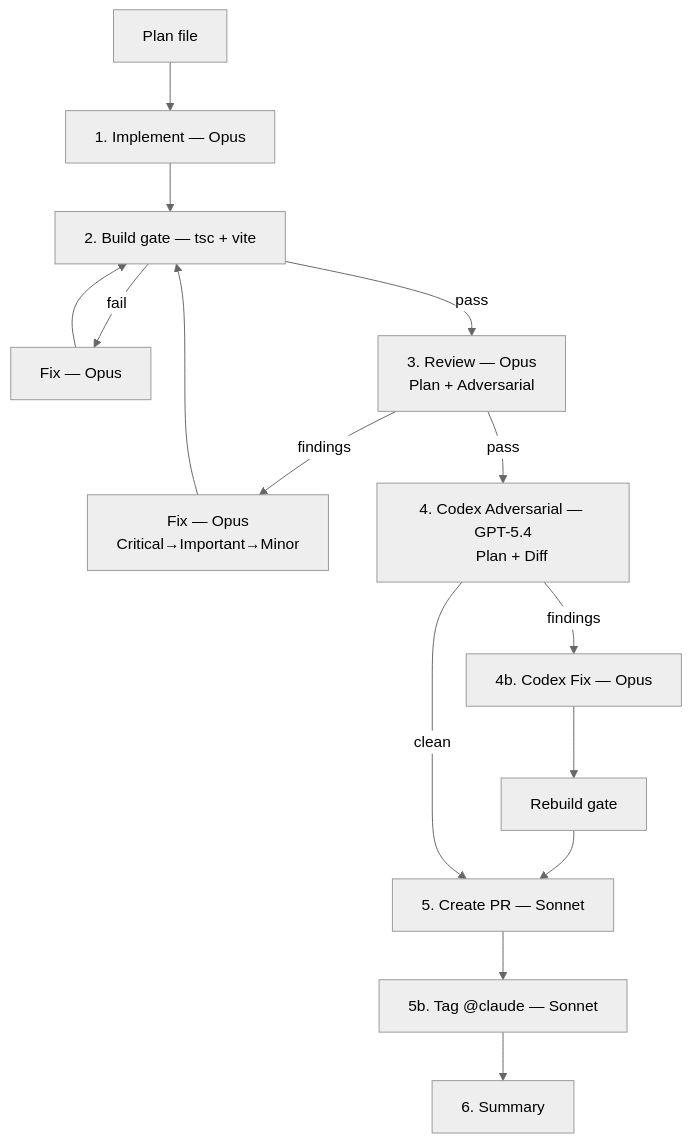
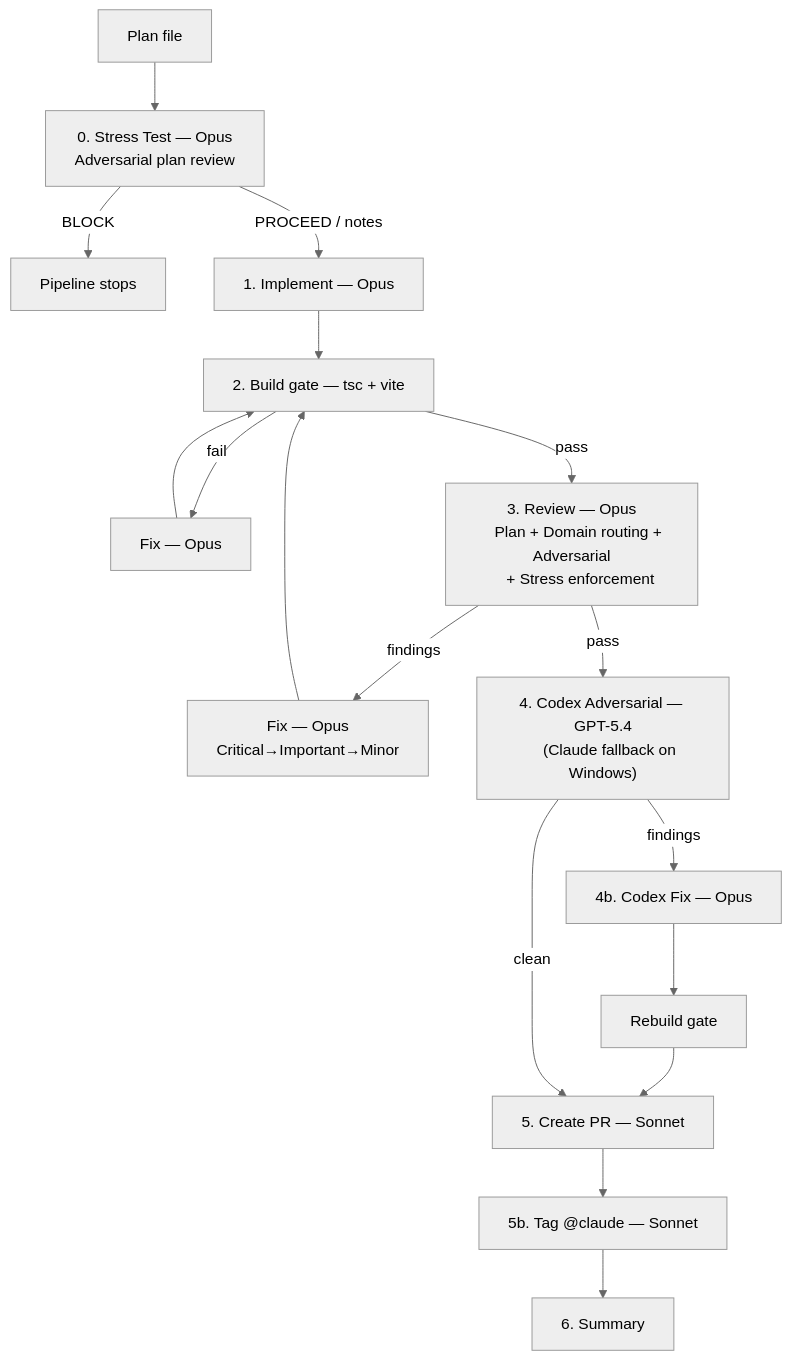
One commit to ilsantino/iago-os changed the first of 3 diagrams in README.md. Above: the diagram before and after it, drawn with Mermaid (neutral theme). The commit also changed other lines of this file and 3 other files, not shown here.

First line of the commit message:
docs: update pipeline diagrams + verify audit phase

````diff
--- a/README.md
+++ b/README.md
@@ -129,20 +130,24 @@
 ```mermaid
 flowchart TD
-    Plan[Plan file] --> Impl[1. Implement — Opus]
+    Plan[Plan file] --> Stress["0. Stress Test — Opus
+    Adversarial plan review"]
+    Stress -->|BLOCK| Stop[Pipeline stops]
+    Stress -->|PROCEED / notes| Impl[1. Implement — Opus]
     Impl --> Build[2. Build gate — tsc + vite]
     Build -->|fail| Fix[Fix — Opus]
     Fix --> Build
     Build -->|pass| Review["3. Review — Opus
-    Plan + Adversarial"]
+    Plan + Domain routing + Adversarial
+    + Stress enforcement"]
     Review -->|findings| Fix2["Fix — Opus
     Critical→Important→Minor"]
     Fix2 --> Build
     Review -->|pass| Codex["4. Codex Adversarial — GPT-5.4
-    Plan + Diff"]
+    (Claude fallback on Windows)"]
     Codex -->|findings| CdxFix[4b. Codex Fix — Opus]
     CdxFix --> Rebuild[Rebuild gate]
     Rebuild --> PR[5. Create PR — Sonnet]
     Codex -->|clean| PR
     PR --> Tag[5b. Tag @claude — Sonnet]
     Tag --> Summary[6. Summary]
 ```
````
